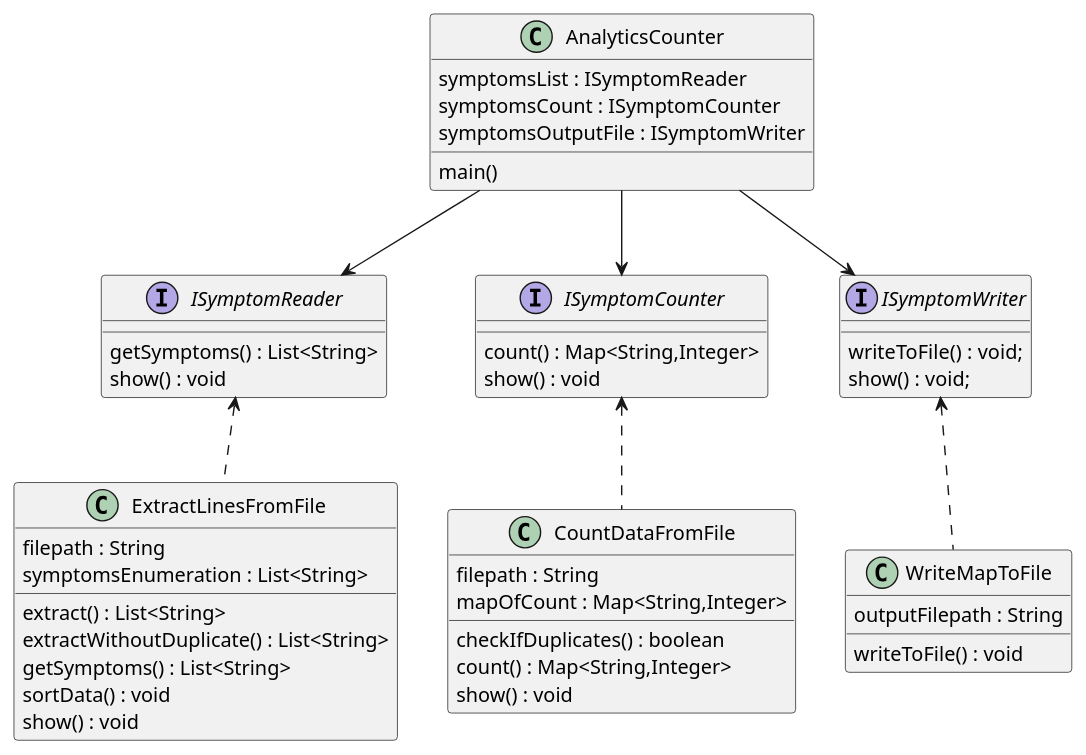
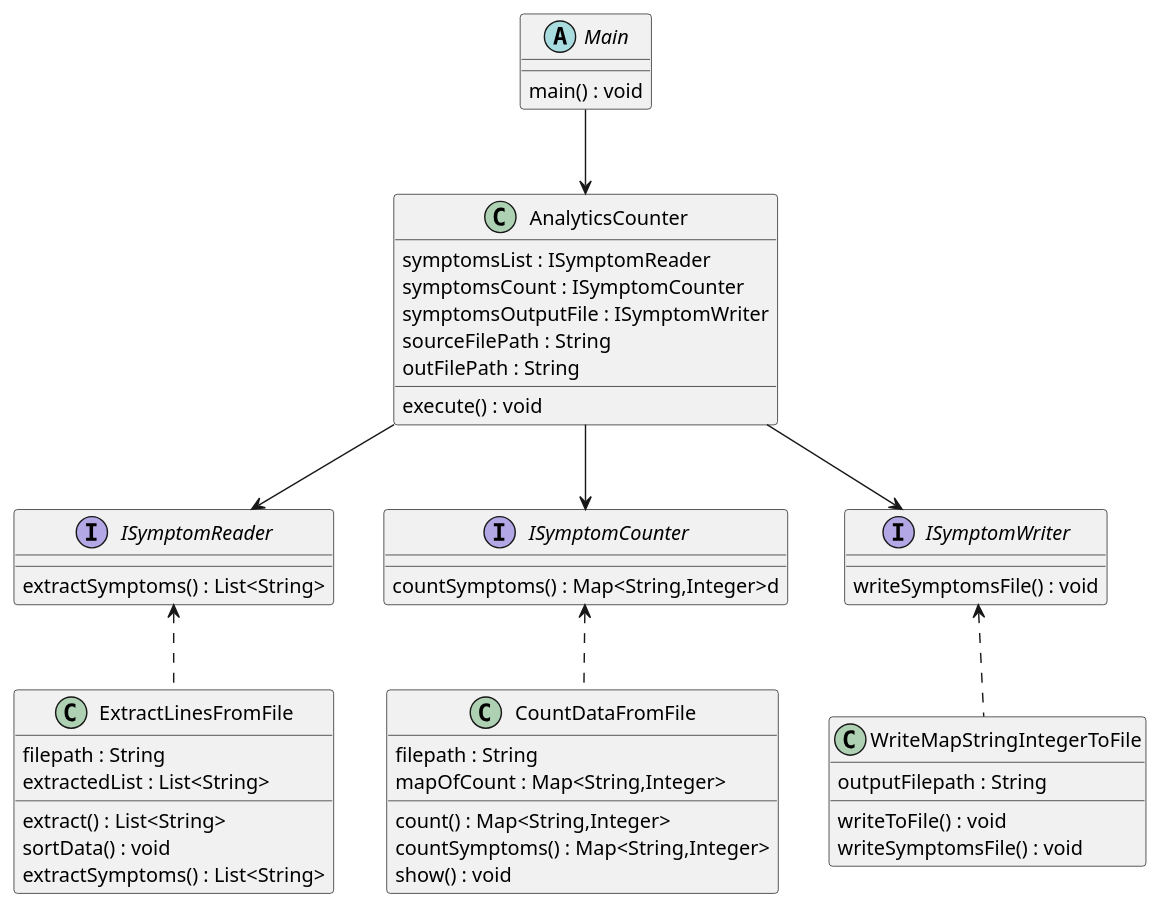
One commit to elienFR/count_symptoms changed the diagram in umlDiagrams/P2_count_Symptoms.puml. Above: the diagram before and after it, drawn with PlantUML. The commit also changed 63 other files, not shown here.

Commit message:
javaDoc init commit + UML diag modified to fit with new architecture

```diff
--- a/umlDiagrams/P2_count_Symptoms.puml
+++ b/umlDiagrams/P2_count_Symptoms.puml
@@ -1,60 +1,64 @@
 @startuml
 
+abstract class Main{
+main() : void
+}
+
+Main --> AnalyticsCounter
+
 interface ISymptomReader {
-    getSymptoms() : List<String>
-    show() : void
+    extractSymptoms() : List<String>
 }
 
 interface ISymptomCounter {
-    count() : Map<String,Integer>
-    show() : void
+    countSymptoms() : Map<String,Integer>d
 }
 
 interface ISymptomWriter {
-    writeToFile() : void;
-    show() : void;
+    writeSymptomsFile() : void
 }
 
 class AnalyticsCounter{
    symptomsList : ISymptomReader
    symptomsCount : ISymptomCounter
    symptomsOutputFile : ISymptomWriter
-   main()
+   sourceFilePath : String
+   outFilePath : String
+   execute() : void
 }
 
 class ExtractLinesFromFile  {
     filepath : String
-    symptomsEnumeration : List<String>
+    extractedList : List<String>
     extract() : List<String>
-    extractWithoutDuplicate() : List<String>
-    getSymptoms() : List<String>
     sortData() : void
-    show() : void
+    extractSymptoms() : List<String>
 }
 
 ISymptomReader <.. ExtractLinesFromFile
 
 class CountDataFromFile{
     filepath : String
     mapOfCount : Map<String,Integer>
-    checkIfDuplicates() : boolean
     count() : Map<String,Integer>
+    countSymptoms() : Map<String,Integer>
     show() : void
 }
 
 ISymptomCounter <.. CountDataFromFile
 
-class WriteMapToFile {
+class WriteMapStringIntegerToFile {
     outputFilepath : String
     writeToFile() : void
+    writeSymptomsFile() : void
 }
 
-ISymptomWriter <.. WriteMapToFile
+ISymptomWriter <.. WriteMapStringIntegerToFile
 
 AnalyticsCounter --> ISymptomReader
 AnalyticsCounter --> ISymptomCounter
 AnalyticsCounter --> ISymptomWriter
 
 
 
 @enduml
```
